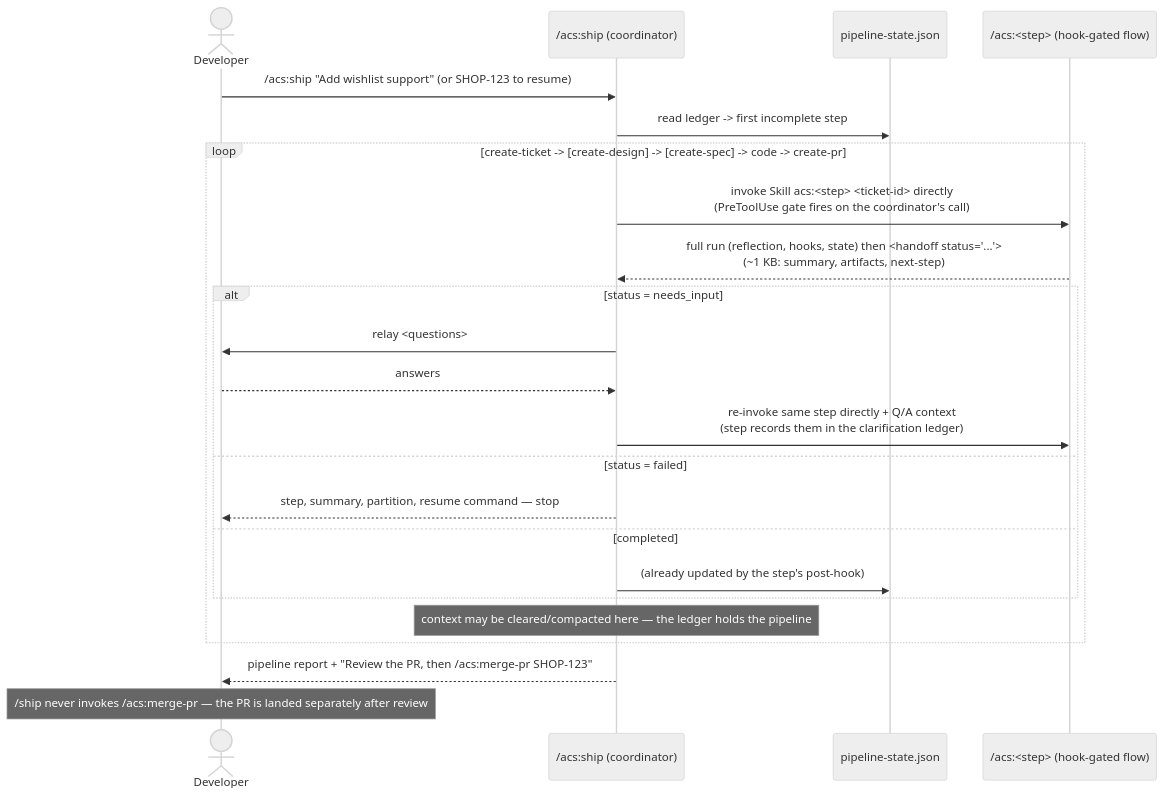
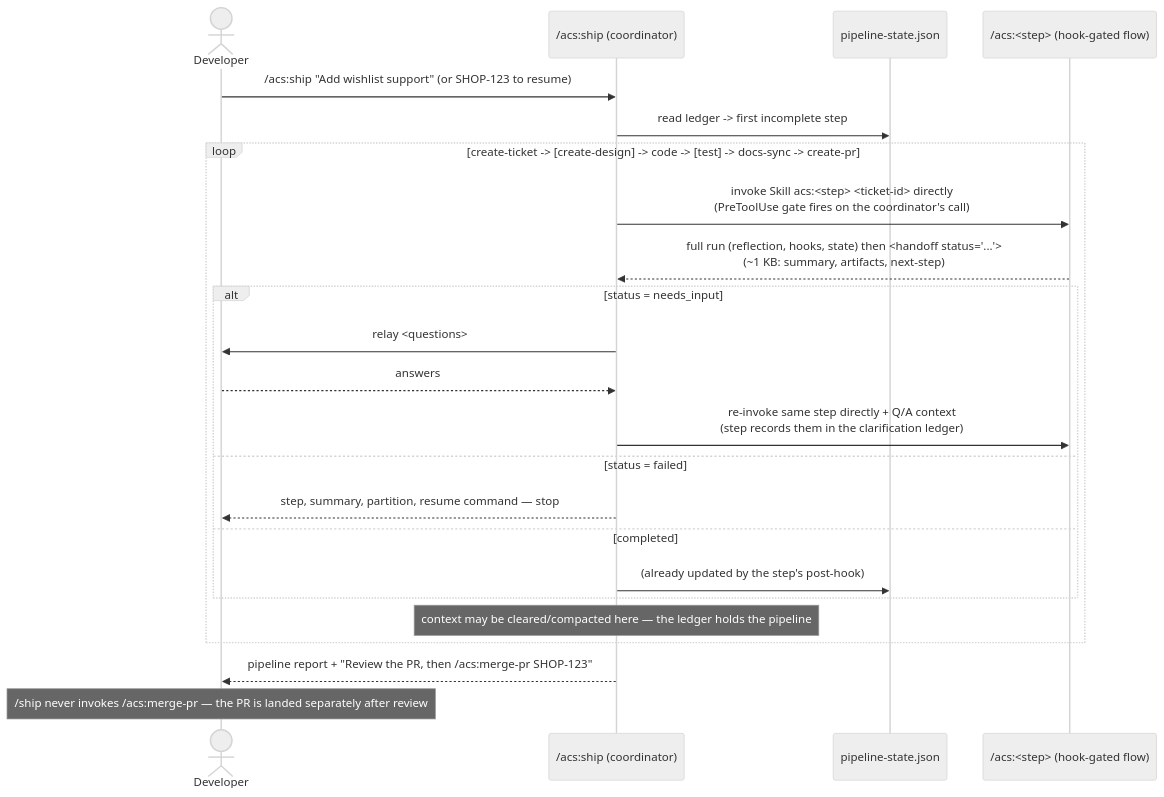
Before and after one commit to globalmindsolution/gms-marketplace: the diagram in docs/architecture/lld/flows/ship-pipeline.md, drawn with Mermaid (neutral theme). The commit also changed other lines of this file and 31 other files, not shown here.

Commit message:
[#299] Doc-set reference cleanup: remove stale create-spec mentions repo-wide (#306)

````diff
--- a/docs/architecture/lld/flows/ship-pipeline.md
+++ b/docs/architecture/lld/flows/ship-pipeline.md
@@ -8,26 +8,26 @@
 ```mermaid
 sequenceDiagram
     actor Dev as Developer
     participant SH as /acs:ship (coordinator)
     participant WS as pipeline-state.json
     participant SK as /acs:<step> (hook-gated flow)
 
     Dev->>SH: /acs:ship "Add wishlist support"  (or SHOP-123 to resume)
     SH->>WS: read ledger -> first incomplete step
-    loop create-ticket -> [create-design] -> [create-spec] -> code -> create-pr
+    loop create-ticket -> [create-design] -> code -> [test] -> docs-sync -> create-pr
         SH->>SK: invoke Skill acs:<step> <ticket-id> directly<br/>(PreToolUse gate fires on the coordinator's call)
         SK-->>SH: full run (reflection, hooks, state) then <handoff status="..."><br/>(~1 KB: summary, artifacts, next-step)
         alt status = needs_input
             SH->>Dev: relay <questions>
             Dev-->>SH: answers
             SH->>SK: re-invoke same step directly + Q/A context<br/>(step records them in the clarification ledger)
         else status = failed
             SH-->>Dev: step, summary, partition, resume command — stop
         else completed
             SH->>WS: (already updated by the step's post-hook)
         end
         note over SH: context may be cleared/compacted here — the ledger holds the pipeline
     end
     SH-->>Dev: pipeline report + "Review the PR, then /acs:merge-pr SHOP-123"
     note over Dev: /ship never invokes /acs:merge-pr — the PR is landed separately after review
 ```
````
